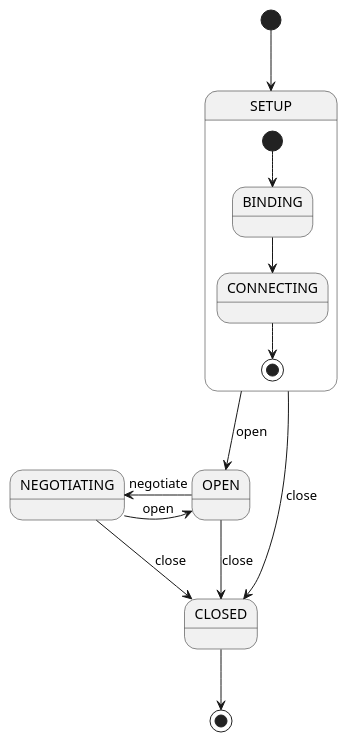
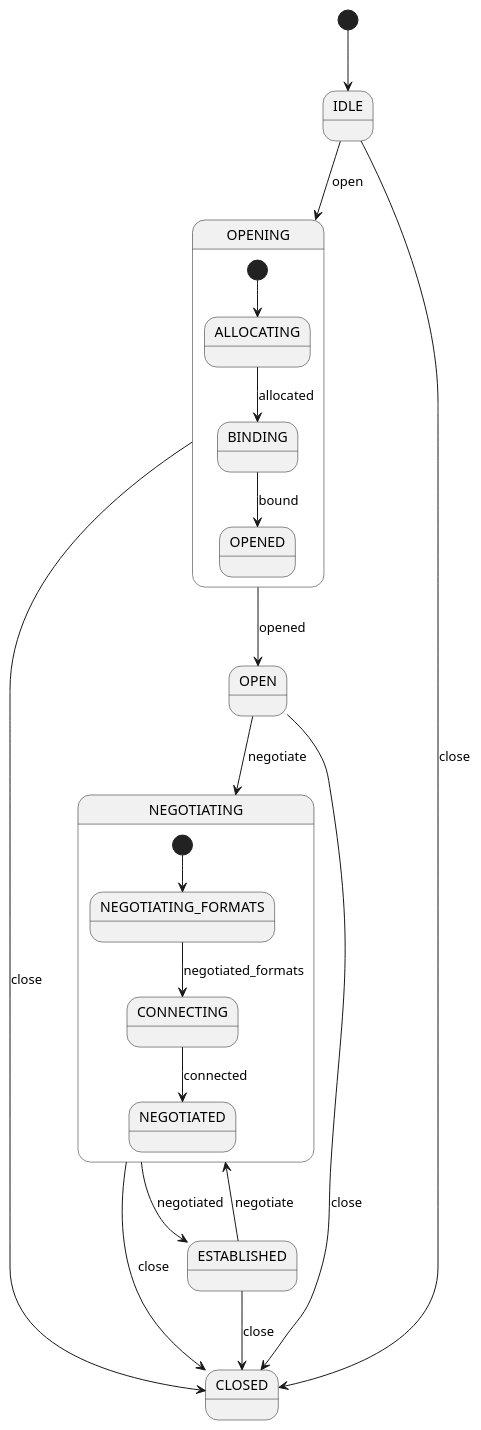
The diagram in architecture-diagrams/rtp/rtp-session-state.puml (RestComm/media-core), drawn with PlantUML before and after one commit. The commit also changed 8 other files, not shown here.

```diff
--- a/architecture-diagrams/rtp/rtp-session-state.puml
+++ b/architecture-diagrams/rtp/rtp-session-state.puml
@@ -1,16 +1,25 @@
 @startuml
-state SETUP {
-[*] --> BINDING
-BINDING --> CONNECTING
-CONNECTING --> [*]
+state OPENING {
+[*] --> ALLOCATING
+ALLOCATING --> BINDING : allocated
+BINDING --> OPENED : bound
 }
 
-[*] --> SETUP
-SETUP --> OPEN : open
-SETUP --> CLOSED : close
-OPEN -> NEGOTIATING : negotiate
+state NEGOTIATING {
+[*] --> NEGOTIATING_FORMATS
+NEGOTIATING_FORMATS --> CONNECTING : negotiated_formats
+CONNECTING --> NEGOTIATED : connected
+}
+
+[*] --> IDLE
+IDLE --> OPENING : open
+IDLE --> CLOSED : close
+OPENING --> OPEN : opened
+OPENING --> CLOSED : close
+OPEN --> NEGOTIATING : negotiate
 OPEN --> CLOSED : close
-NEGOTIATING -> OPEN : open
+NEGOTIATING --> ESTABLISHED : negotiated
 NEGOTIATING --> CLOSED : close
-CLOSED --> [*]
+ESTABLISHED --> NEGOTIATING : negotiate
+ESTABLISHED --> CLOSED : close
 @enduml
```
